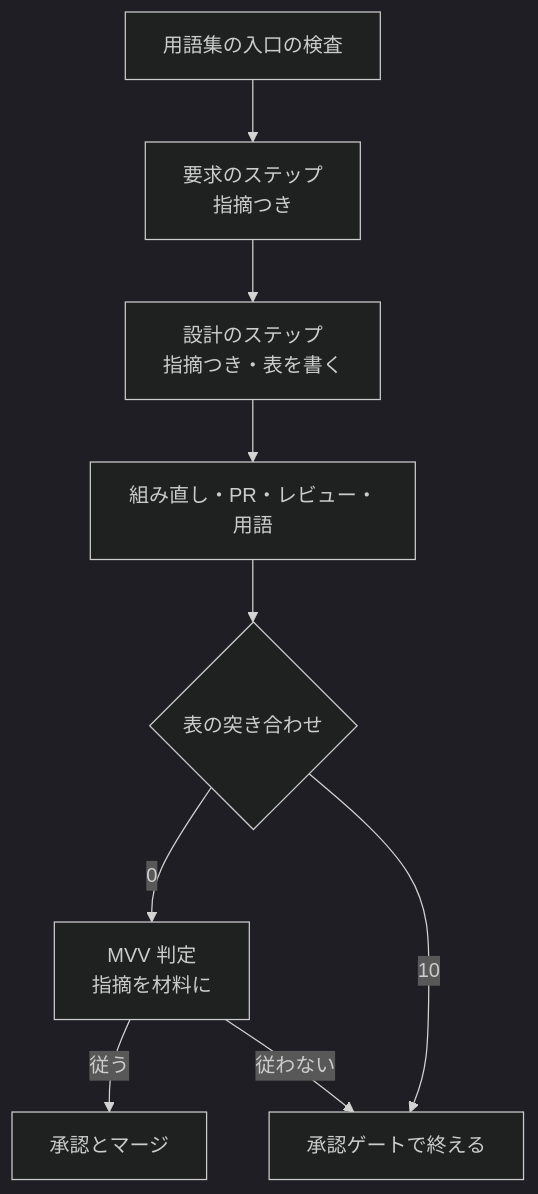
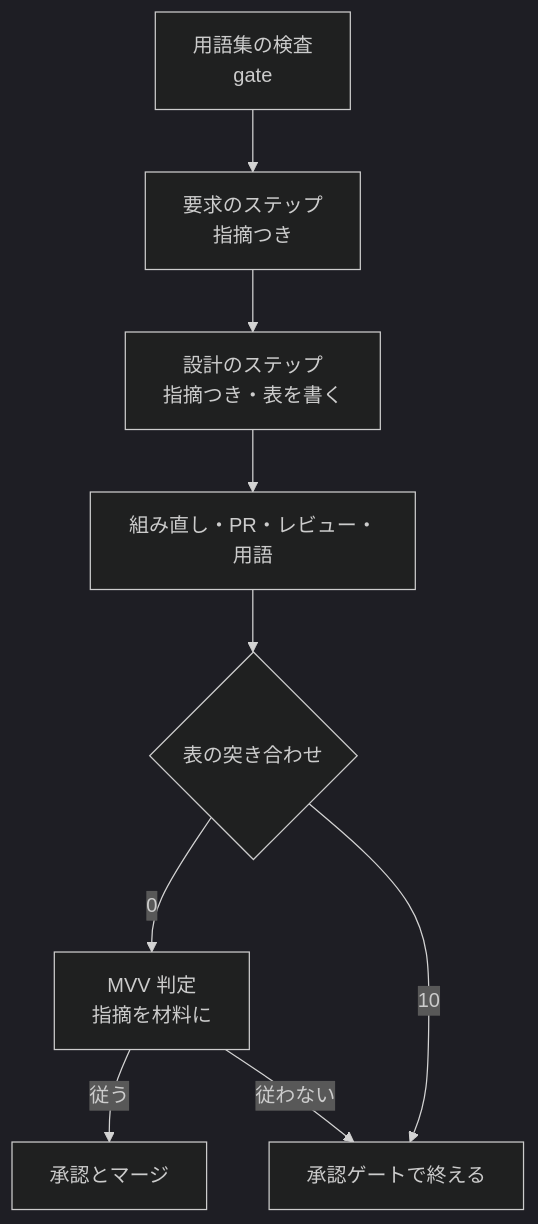
Before and after one commit to devbasex/ai-plugins: the sixth of 10 diagrams in issues/issue-2510-design.md, drawn with Mermaid (dark theme). The commit also changed other lines of this file and 2 other files, not shown here.

````diff
--- a/issues/issue-2510-design.md
+++ b/issues/issue-2510-design.md
@@ -298,11 +432,11 @@
 ```mermaid
 graph TD
-    G[用語集の入口の検査] --> Q[要求のステップ<br/>指摘つき]
+    G[用語集の検査<br/>gate] --> Q[要求のステップ<br/>指摘つき]
     Q --> D[設計のステップ<br/>指摘つき・表を書く]
     D --> X[組み直し・PR・レビュー・用語]
     X --> K{表の突き合わせ}
     K -->|0| M[MVV 判定<br/>指摘を材料に]
     K -->|10| E[承認ゲートで終える]
     M -->|従う| A[承認とマージ]
     M -->|従わない| E
 ```
````
